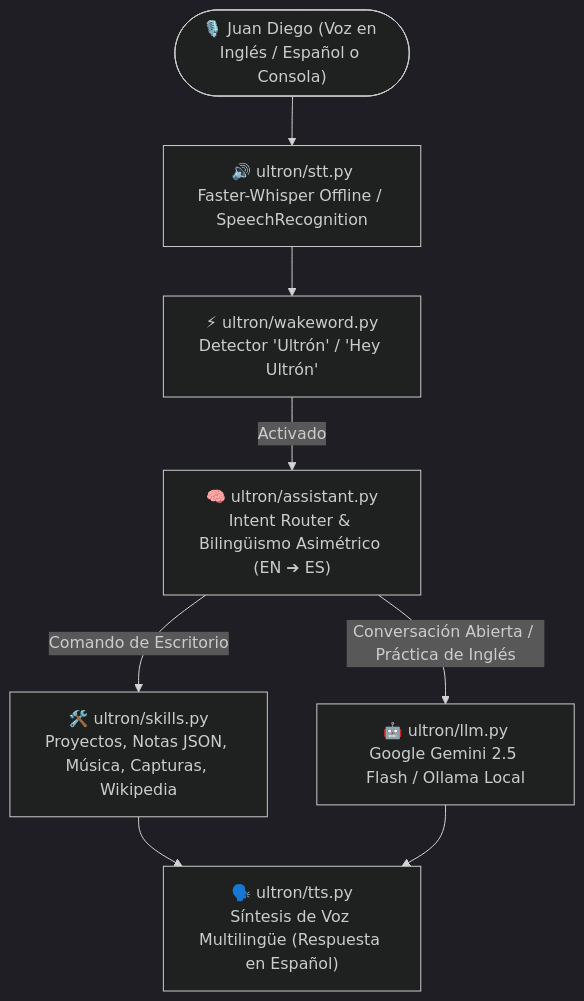
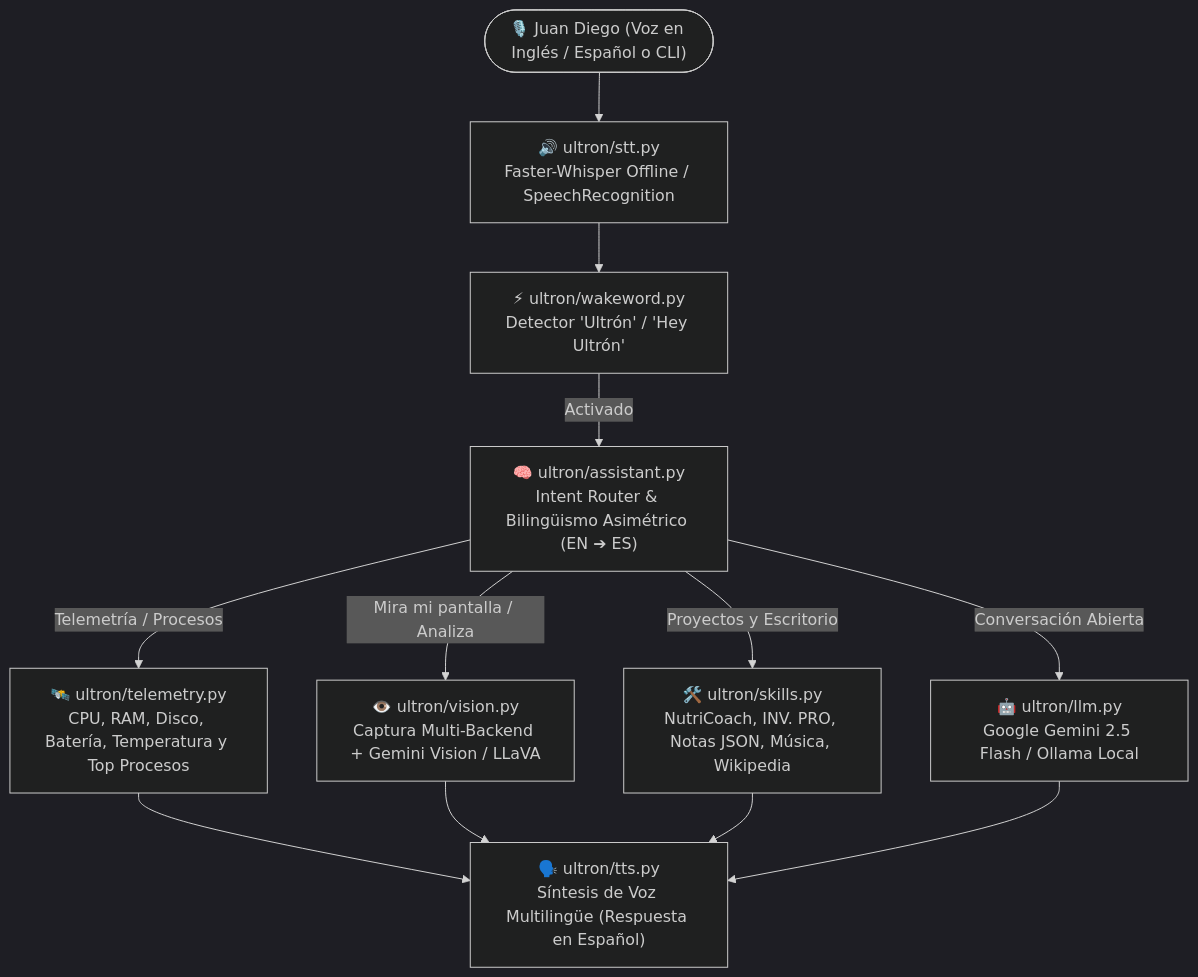
Before and after one commit to juandiegoceron-ux/Ultron-Desktop-Voice-Assistant: the diagram in README.md, drawn with Mermaid (dark theme). The commit also changed other lines of this file and 11 other files, not shown here.

Commit message:
feat(v3.0): add real-time hardware telemetry and multimodal desktop vision

````diff
--- a/README.md
+++ b/README.md
@@ -38,10 +40,14 @@
 ```mermaid
 flowchart TD
-    User(["🎙️ Juan Diego (Voz en Inglés / Español o Consola)"]) --> STT["🔊 ultron/stt.py\nFaster-Whisper Offline / SpeechRecognition"]
+    User(["🎙️ Juan Diego (Voz en Inglés / Español o CLI)"]) --> STT["🔊 ultron/stt.py\nFaster-Whisper Offline / SpeechRecognition"]
     STT --> Wake["⚡ ultron/wakeword.py\nDetector 'Ultrón' / 'Hey Ultrón'"]
     Wake -- "Activado" --> Router["🧠 ultron/assistant.py\nIntent Router & Bilingüismo Asimétrico (EN ➔ ES)"]
-    Router -- "Comando de Escritorio" --> Skills["🛠️ ultron/skills.py\nProyectos, Notas JSON, Música, Capturas, Wikipedia"]
-    Router -- "Conversación Abierta / Práctica de Inglés" --> LLM["🤖 ultron/llm.py\nGoogle Gemini 2.5 Flash / Ollama Local"]
-    Skills --> TTS["🗣️ ultron/tts.py\nSíntesis de Voz Multilingüe (Respuesta en Español)"]
+    Router -- "Telemetría / Procesos" --> Telemetry["🛰️ ultron/telemetry.py\nCPU, RAM, Disco, Batería, Temperatura y Top Procesos"]
+    Router -- "Mira mi pantalla / Analiza" --> Vision["👁️ ultron/vision.py\nCaptura Multi-Backend + Gemini Vision / LLaVA"]
+    Router -- "Proyectos y Escritorio" --> Skills["🛠️ ultron/skills.py\nNutriCoach, INV. PRO, Notas JSON, Música, Wikipedia"]
+    Router -- "Conversación Abierta" --> LLM["🤖 ultron/llm.py\nGoogle Gemini 2.5 Flash / Ollama Local"]
+    Telemetry --> TTS["🗣️ ultron/tts.py\nSíntesis de Voz Multilingüe (Respuesta en Español)"]
+    Vision --> TTS
+    Skills --> TTS
     LLM --> TTS
 ```
````
